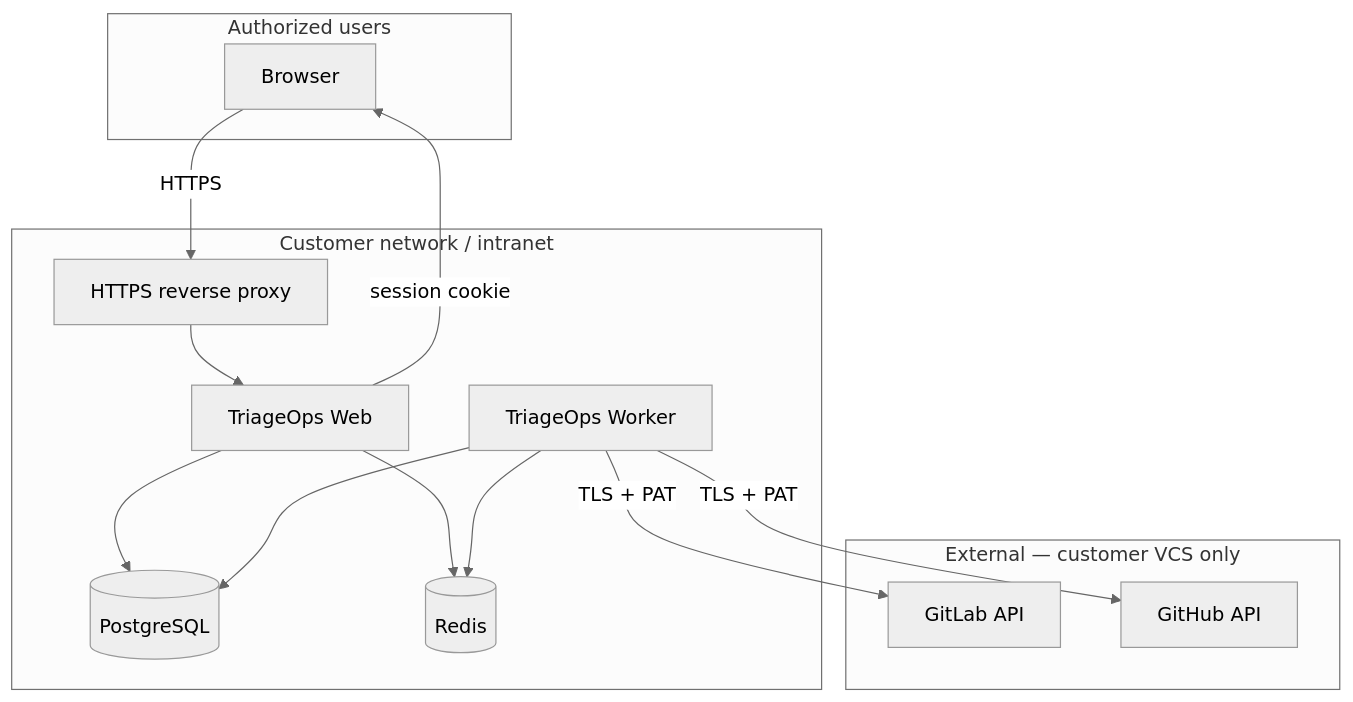
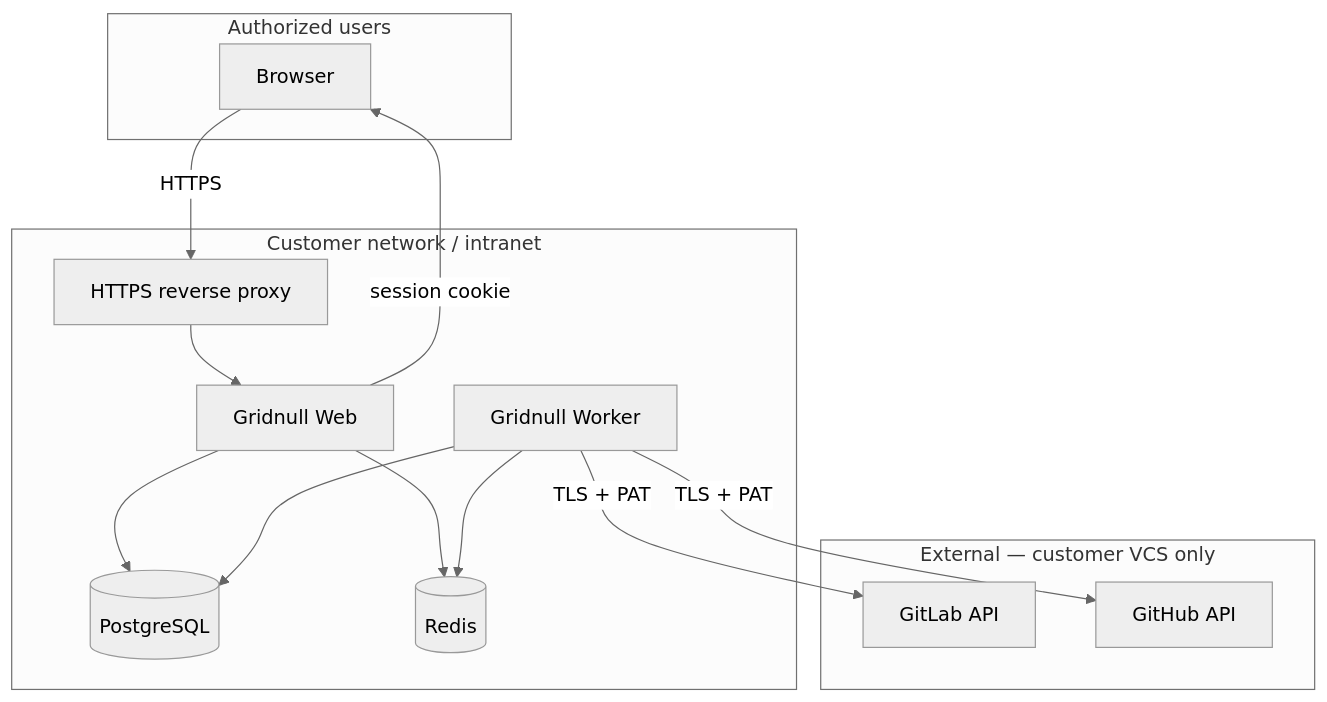
Before and after one commit to ktauchert/triage-ops: the diagram in docs/security.md, drawn with Mermaid (neutral theme). The commit also changed other lines of this file and 162 other files, not shown here.

````diff
--- a/docs/security.md
+++ b/docs/security.md
@@ -11,29 +11,29 @@
 ```mermaid
 flowchart TB
   subgraph Users["Authorized users"]
     Browser[Browser]
   end
 
   subgraph CustomerNetwork["Customer network / intranet"]
     Proxy[HTTPS reverse proxy]
-    Web[TriageOps Web]
-    Worker[TriageOps Worker]
+    Web[Gridnull Web]
+    Worker[Gridnull Worker]
     PG[(PostgreSQL)]
     Redis[(Redis)]
   end
 
   subgraph External["External — customer VCS only"]
     GitLab[GitLab API]
     GitHub[GitHub API]
   end
 
   Browser -->|HTTPS| Proxy
   Proxy --> Web
   Web -->|session cookie| Browser
   Web --> PG
   Web --> Redis
   Worker --> PG
   Worker --> Redis
   Worker -->|TLS + PAT| GitLab
   Worker -->|TLS + PAT| GitHub
 ```
````
